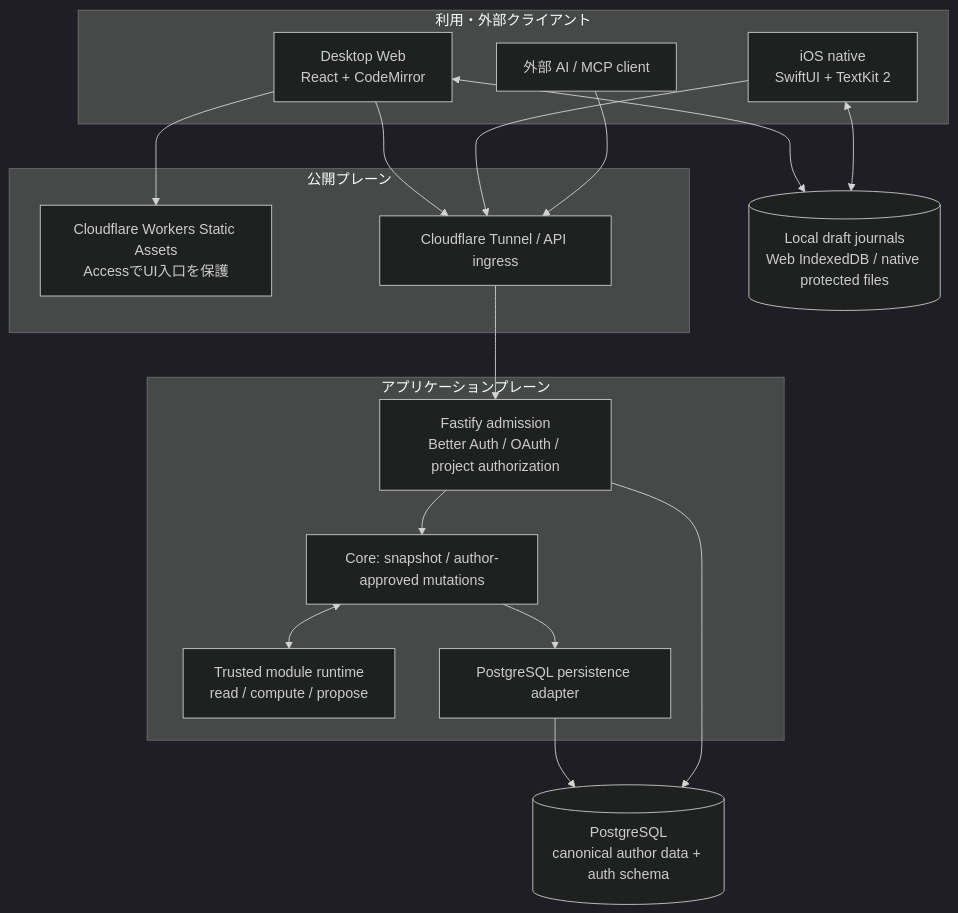
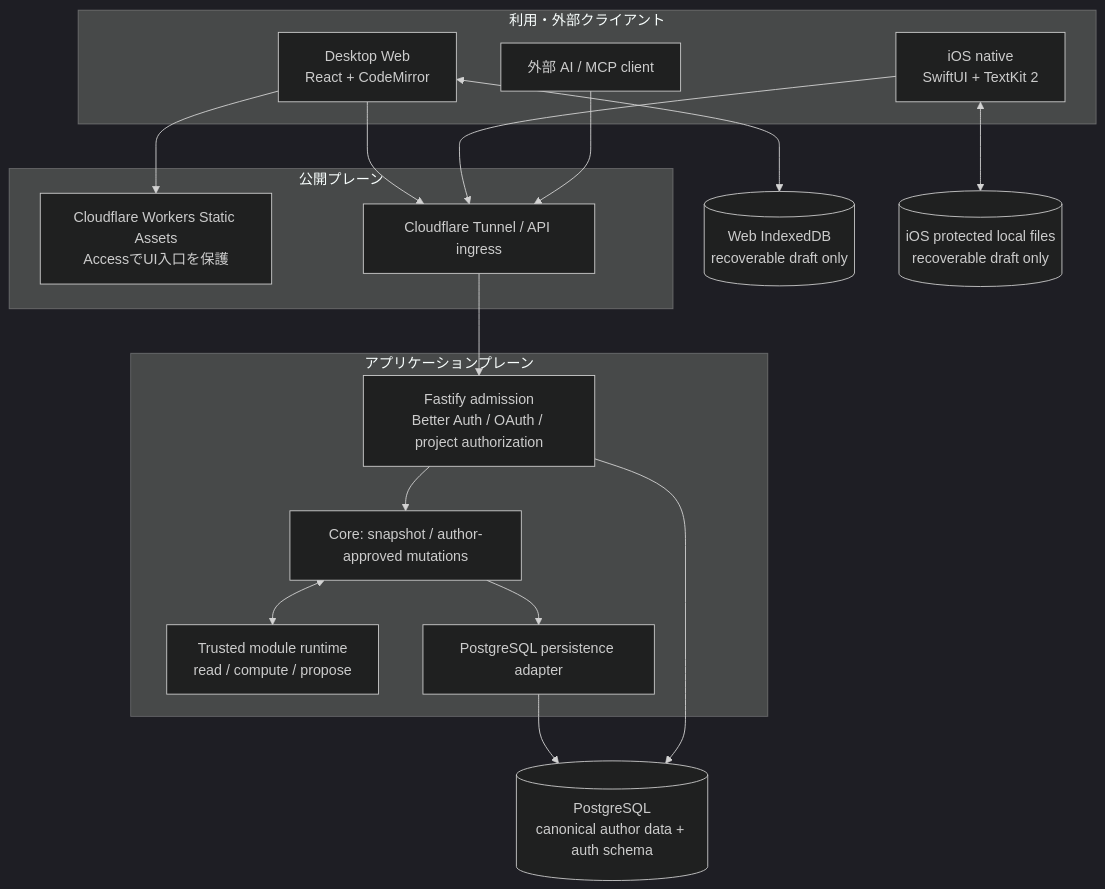
One commit to yohn-jp/codexia changed the first of 2 diagrams in docs/architecture/SYSTEM-DESIGN.md. Above: the diagram before and after it, drawn with Mermaid (dark theme). The commit also changed 2 other files, not shown here.

Commit message:
docs: update screen catalog and state atlas for native iOS entry

````diff
--- a/docs/architecture/SYSTEM-DESIGN.md
+++ b/docs/architecture/SYSTEM-DESIGN.md
@@ -30,32 +30,33 @@
 ```mermaid
 flowchart TB
     subgraph Clients["利用・外部クライアント"]
         D["Desktop Web<br/>React + CodeMirror"]
         I["iOS native<br/>SwiftUI + TextKit 2"]
         M["外部 AI / MCP client"]
     end
     subgraph Edge["公開プレーン"]
         A["Cloudflare Workers Static Assets<br/>AccessでUI入口を保護"]
         T["Cloudflare Tunnel / API ingress"]
     end
     subgraph App["アプリケーションプレーン"]
         H["Fastify admission<br/>Better Auth / OAuth / project authorization"]
         C["Core: snapshot / author-approved mutations"]
         R["Trusted module runtime<br/>read / compute / propose"]
         P["PostgreSQL persistence adapter"]
     end
     DB[("PostgreSQL<br/>canonical author data + auth schema")]
-    J[("Local draft journals<br/>Web IndexedDB / native protected files")]
+    JW[("Web IndexedDB<br/>recoverable draft only")]
+    JI[("iOS protected local files<br/>recoverable draft only")]
     D --> A
     D --> T
     I --> T
     M --> T
-    D <--> J
-    I <--> J
+    D <--> JW
+    I <--> JI
     T --> H
     H --> C
     C <--> R
     C --> P
     P --> DB
     H --> DB
 ```
````
